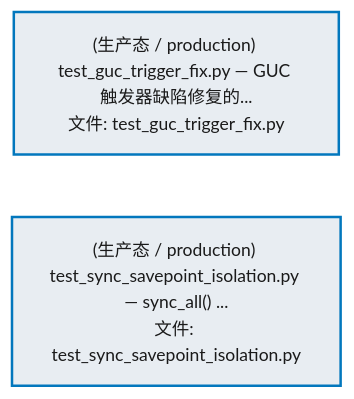
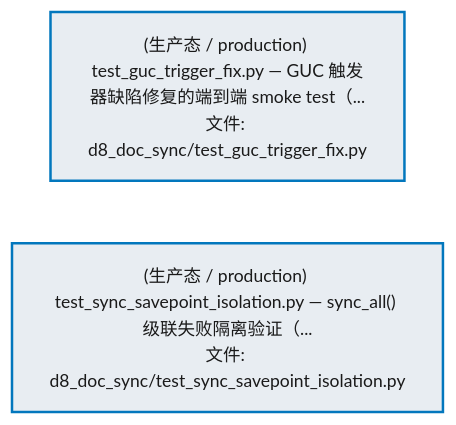
One commit to xuanFelixVan/ZephyrAlpha changed the second of 3 diagrams in docs/02_enterprise_architecture/02_domain_architecture_docs/51_d_gov_docs.md. Above: the diagram before and after it, drawn with Mermaid. The commit also changed other lines of this file and 63 other files, not shown here.

````diff
--- a/docs/02_enterprise_architecture/02_domain_architecture_docs/51_d_gov_docs.md
+++ b/docs/02_enterprise_architecture/02_domain_architecture_docs/51_d_gov_docs.md
@@ -151,12 +151,12 @@
 ```mermaid
 %%{init: {'theme': 'base', 'themeVariables': {'primaryColor': '#eaeaea', 'primaryTextColor': '#333333', 'primaryBorderColor': '#666666', 'lineColor': '#666666', 'secondaryColor': '#eaeaea', 'tertiaryColor': '#eaeaea', 'fontSize': '14px'}}}%%
 flowchart TD
-    tests_governance_d8_doc_sync_test_guc_trigger_fix_py["(生产态 / production) test_guc_trigger_fix.py — GUC 触发器缺陷修复的...<br/>文件: test_guc_trigger_fix.py"]
-    tests_governance_d8_doc_sync_test_sync_savepoint_isolation_py["(生产态 / production) test_sync_savepoint_isolation.py — sync_all() ...<br/>文件: test_sync_savepoint_isolation.py"]
+    tests_governance_d8_doc_sync_test_guc_trigger_fix_py["(生产态 / production) test_guc_trigger_fix.py — GUC 触发器缺陷修复的端到端 smoke test（...<br/>文件: d8_doc_sync/test_guc_trigger_fix.py"]
+    tests_governance_d8_doc_sync_test_sync_savepoint_isolation_py["(生产态 / production) test_sync_savepoint_isolation.py — sync_all() 级联失败隔离验证（...<br/>文件: d8_doc_sync/test_sync_savepoint_isolation.py"]
     tests_governance_d8_doc_sync_test_guc_trigger_fix_py ~~~ tests_governance_d8_doc_sync_test_sync_savepoint_isolation_py
     classDef production fill:#e8edf2,stroke:#0277bd,stroke-width:2px,color:#1a1a1a
     classDef design fill:#f0ebe3,stroke:#bf360c,stroke-width:2px,color:#1a1a1a,stroke-dasharray: 5 5
     classDef external_prod fill:#e8efe9,stroke:#1b5e20,stroke-width:1px,color:#1a1a1a
     classDef external_design fill:#efe5ea,stroke:#880e4f,stroke-width:1px,color:#1a1a1a,stroke-dasharray: 5 5
     class tests_governance_d8_doc_sync_test_guc_trigger_fix_py,tests_governance_d8_doc_sync_test_sync_savepoint_isolation_py production
 ```
````
